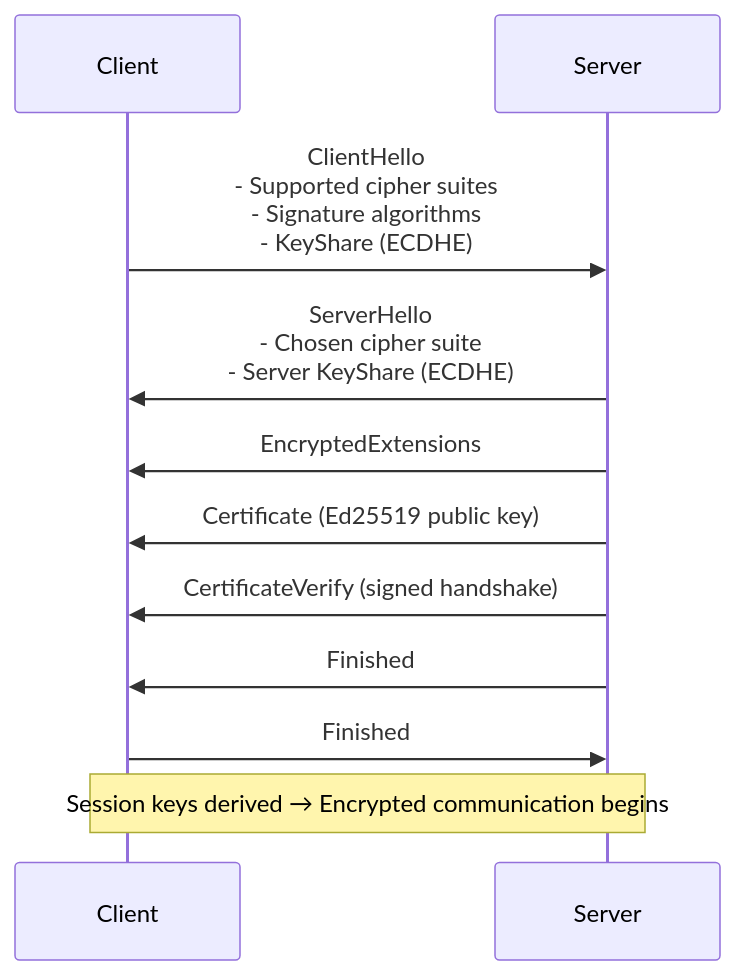
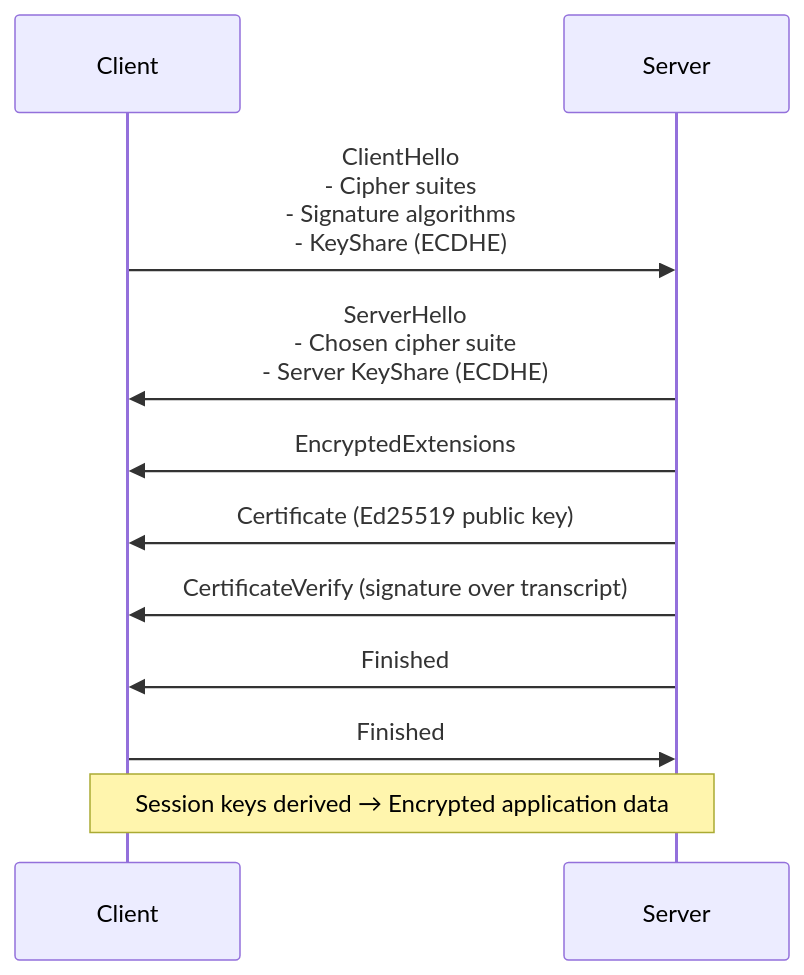
The first of 5 diagrams in README.md (cicorias/ec-curves-handshakes), drawn with Mermaid before and after one commit. The commit also changed other lines of this file and 9 other files, not shown here.

````diff
--- a/README.md
+++ b/README.md
@@ -21,14 +9,14 @@
 ```mermaid
 sequenceDiagram
     participant Client
     participant Server
 
-    Client->>Server: ClientHello<br/>- Supported cipher suites<br/>- Signature algorithms<br/>- KeyShare (ECDHE)
+    Client->>Server: ClientHello<br/>- Cipher suites<br/>- Signature algorithms<br/>- KeyShare (ECDHE)
     Server->>Client: ServerHello<br/>- Chosen cipher suite<br/>- Server KeyShare (ECDHE)
     Server->>Client: EncryptedExtensions
     Server->>Client: Certificate (Ed25519 public key)
-    Server->>Client: CertificateVerify (signed handshake)
+    Server->>Client: CertificateVerify (signature over transcript)
     Server->>Client: Finished
     Client->>Server: Finished
-    Note over Client,Server: Session keys derived → Encrypted communication begins
+    Note over Client,Server: Session keys derived → Encrypted application data
 ```
````
